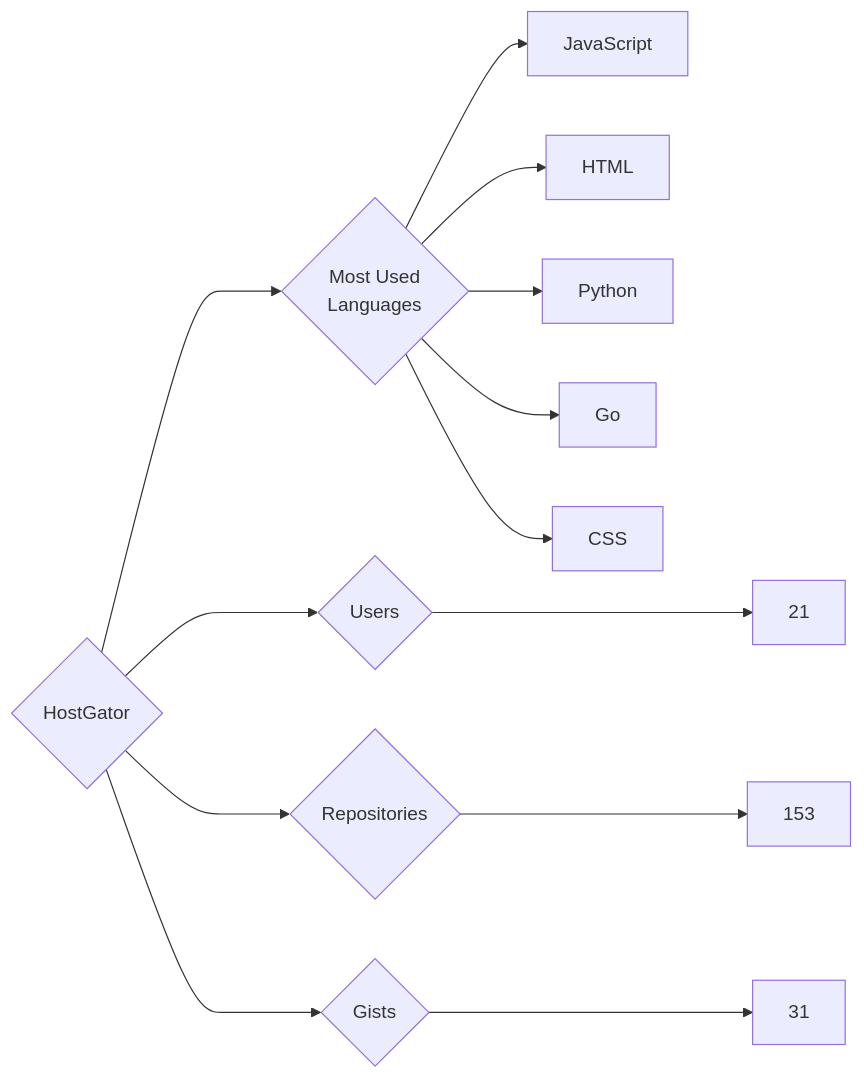
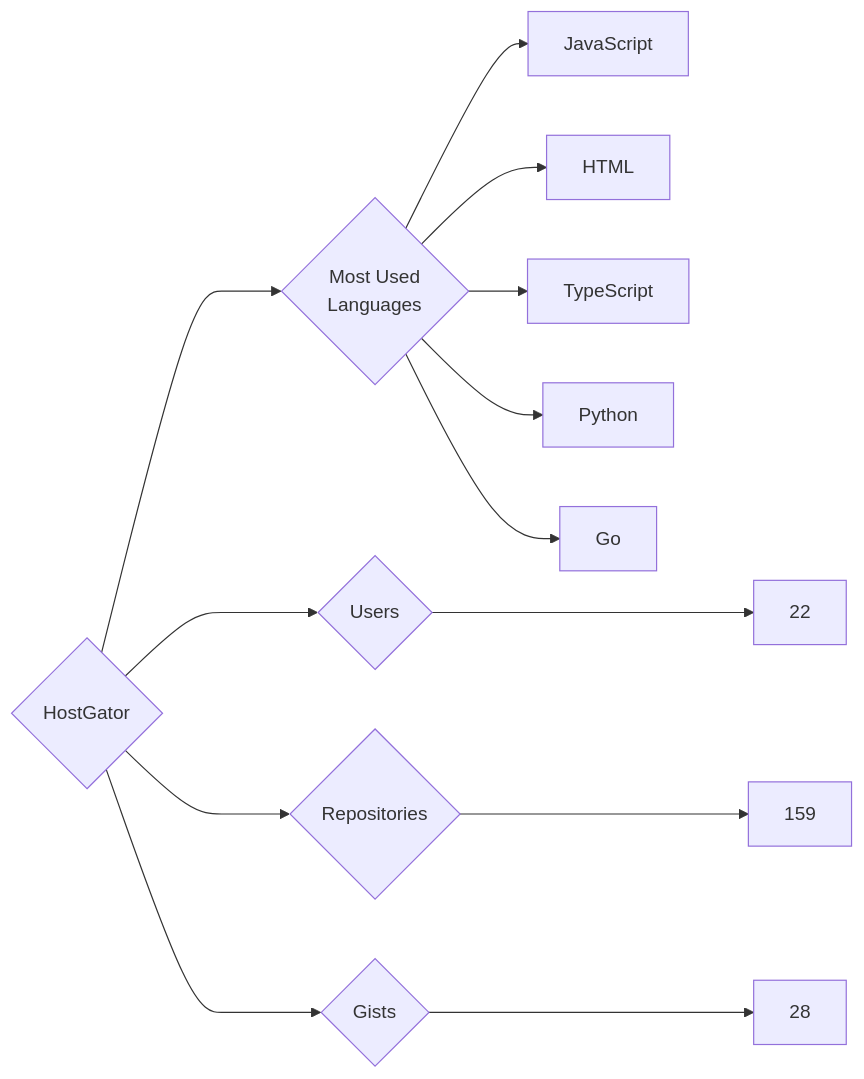
One commit to trickest/insiders changed the diagram in targets/HostGator/README.md. Above: the diagram before and after it, drawn with Mermaid. The commit also changed 736 other files, not shown here.

````diff
--- a/targets/HostGator/README.md
+++ b/targets/HostGator/README.md
@@ -3,13 +3,13 @@
 ```mermaid
 graph LR
 COMPANY_NAME{HostGator}
-COMPANY_NAME ---> U{Users} ---> UN[21]
-COMPANY_NAME ---> R{Repositories} ---> RN[153]
-COMPANY_NAME ---> G{Gists} ---> GN[31]
+COMPANY_NAME ---> U{Users} ---> UN[22]
+COMPANY_NAME ---> R{Repositories} ---> RN[159]
+COMPANY_NAME ---> G{Gists} ---> GN[28]
 COMPANY_NAME ---> ML{Most Used<br>Languages}
 ML --> JavaScript[JavaScript]
 ML --> HTML[HTML]
+ML --> TypeScript[TypeScript]
 ML --> Python[Python]
 ML --> Go[Go]
-ML --> CSS[CSS]
 ```
````
